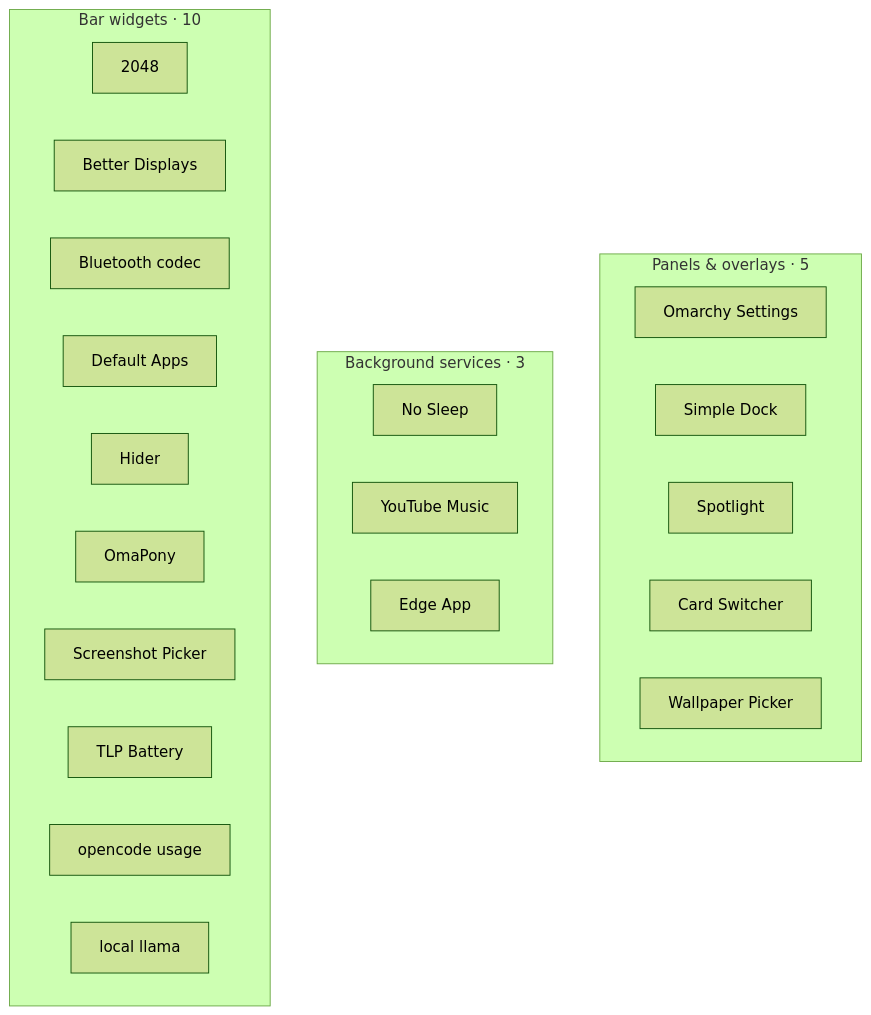
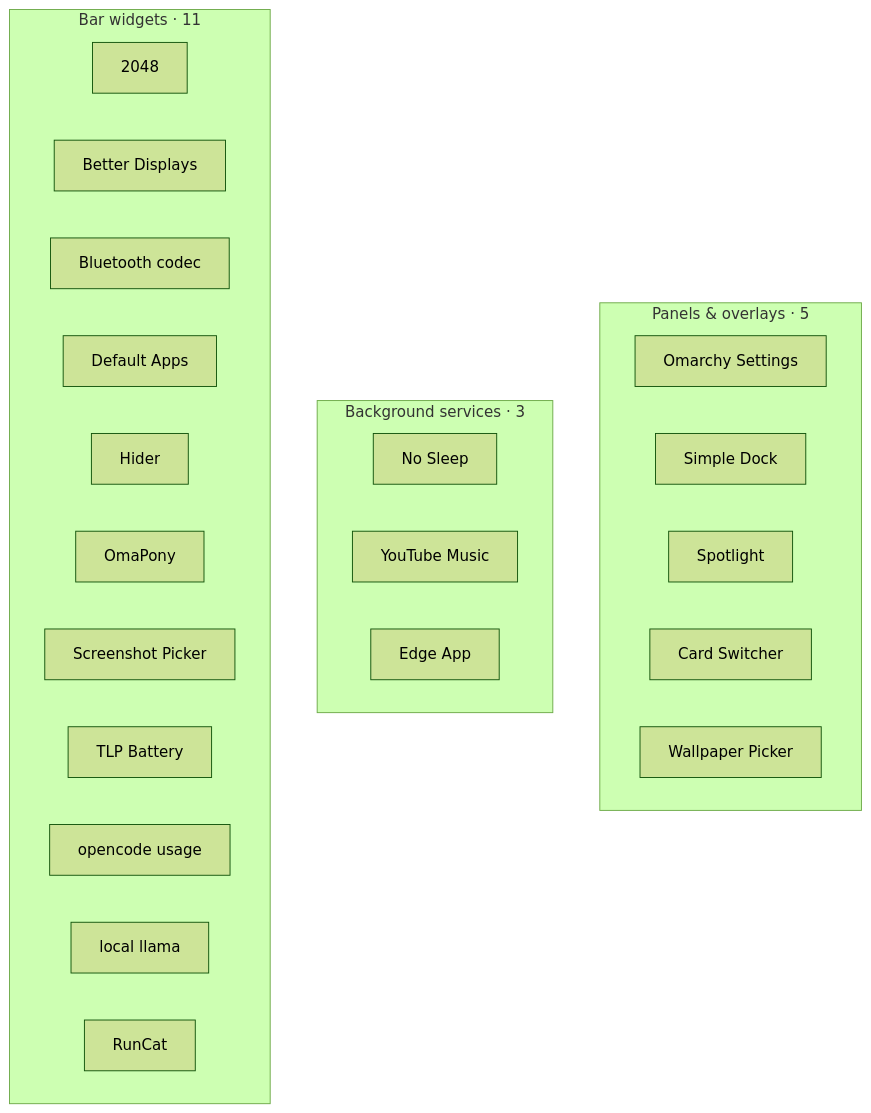
The diagram in README.md (nightdevil00/Plugins), drawn with Mermaid (forest theme) before and after one commit. The commit also changed other lines of this file and 2 other files, not shown here.

Commit message:
mihai.runcat: add preview, list it in the collection README

````diff
--- a/README.md
+++ b/README.md
@@ -14,27 +14,28 @@
 ```mermaid
 graph TB
   subgraph panels["Panels & overlays · 5"]
     custom_settings["Omarchy Settings"]
     simple_dock["Simple Dock"]
     mihai_spotlight["Spotlight"]
     mihai_cards["Card Switcher"]
     mihai_picker["Wallpaper Picker"]
   end
   subgraph services["Background services · 3"]
     white_nights["No Sleep"]
     mihai_ytmusic["YouTube Music"]
     mihai_edgeapp["Edge App"]
   end
-  subgraph bar["Bar widgets · 10"]
+  subgraph bar["Bar widgets · 11"]
     custom_2048["2048"]
     better_displays["Better Displays"]
     bt_codecs["Bluetooth codec"]
     setup_defaults["Default Apps"]
     plugin_hider["Hider"]
     yt_pony["OmaPony"]
     pick_screenshot["Screenshot Picker"]
     tlp_battery["TLP Battery"]
     mihai_opencode_usage["opencode usage"]
     mihai_llama["local llama"]
+    mihai_runcat["RunCat"]
   end
 ```
````
